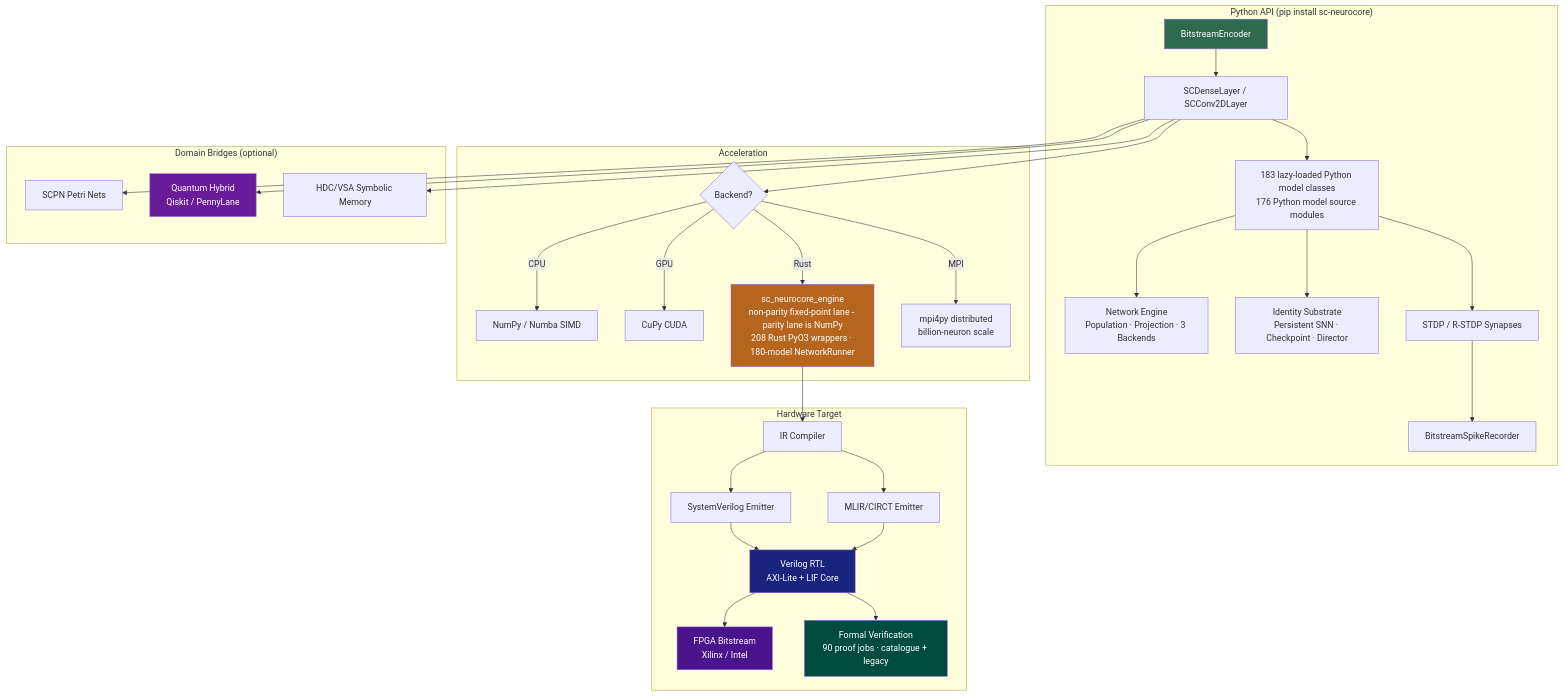
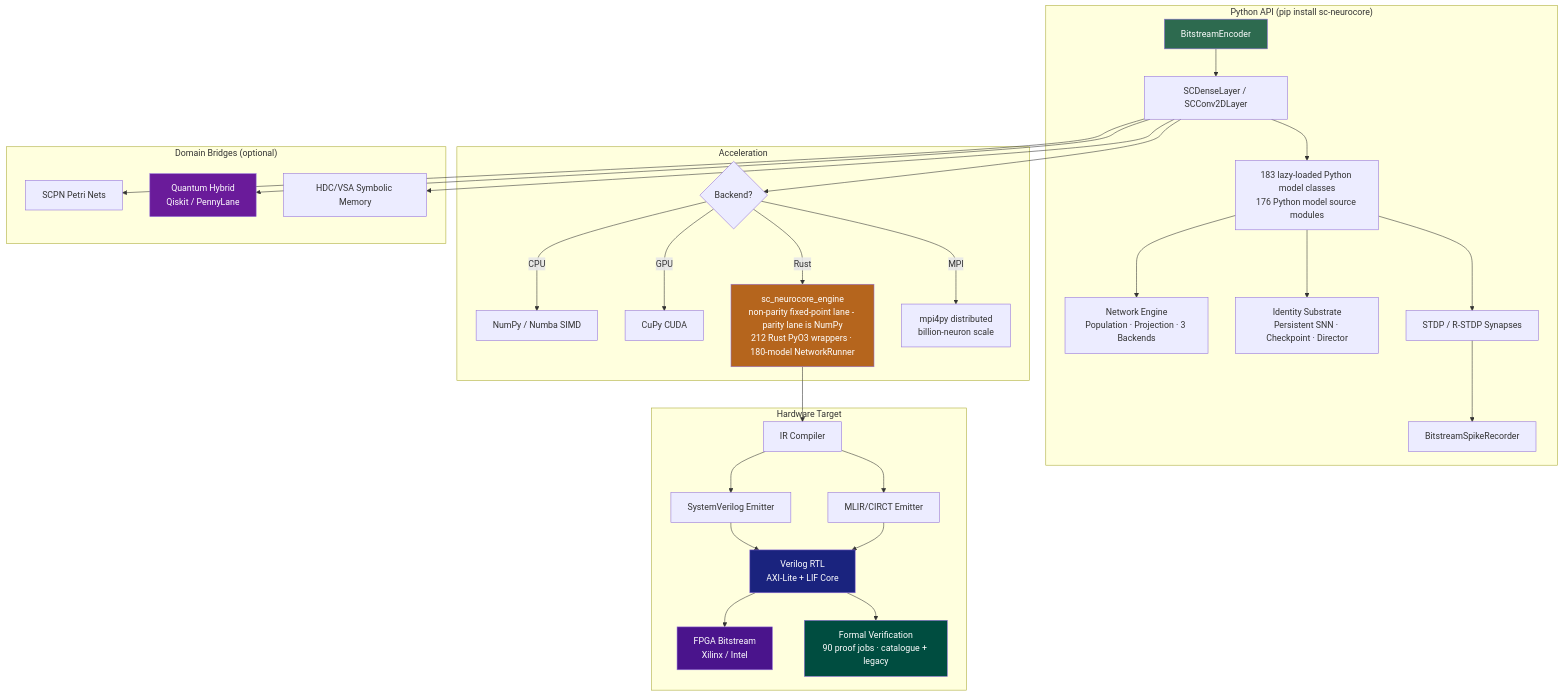
The diagram in README.md (anulum/sc-neurocore), drawn with Mermaid before and after one commit. The commit also changed other lines of this file and 20 other files, not shown here.

````diff
--- a/README.md
+++ b/README.md
@@ -455,42 +455,42 @@
 ```mermaid
 graph TD
     subgraph "Python API (pip install sc-neurocore)"
         A[BitstreamEncoder] --> B[SCDenseLayer / SCConv2DLayer]
         B --> C[183 lazy-loaded Python model classes<br/>176 Python model source modules]
         C --> NET[Network Engine<br/>Population · Projection · 3 Backends]
         C --> ID[Identity Substrate<br/>Persistent SNN · Checkpoint · Director]
         C --> D[STDP / R-STDP Synapses]
         D --> E[BitstreamSpikeRecorder]
     end
 
     subgraph "Acceleration"
         B --> F{Backend?}
         F -->|CPU| G[NumPy / Numba SIMD]
         F -->|GPU| H[CuPy CUDA]
-        F -->|Rust| I[sc_neurocore_engine<br/>non-parity fixed-point lane - parity lane is NumPy<br/>208 Rust PyO3 wrappers · 180-model NetworkRunner]
+        F -->|Rust| I[sc_neurocore_engine<br/>non-parity fixed-point lane - parity lane is NumPy<br/>212 Rust PyO3 wrappers · 180-model NetworkRunner]
         F -->|MPI| MPI[mpi4py distributed<br/>billion-neuron scale]
     end
 
     subgraph "Hardware Target"
         I --> J[IR Compiler]
         J --> K[SystemVerilog Emitter]
         J --> K2[MLIR/CIRCT Emitter]
         K --> L[Verilog RTL<br/>AXI-Lite + LIF Core]
         K2 --> L
         L --> M[FPGA Bitstream<br/>Xilinx / Intel]
         L --> V[Formal Verification<br/>90 proof jobs · catalogue + legacy]
     end
 
     subgraph "Domain Bridges (optional)"
         B --> N[SCPN Petri Nets]
         B --> O[Quantum Hybrid<br/>Qiskit / PennyLane]
         B --> P[HDC/VSA Symbolic Memory]
     end
 
     style A fill:#2d6a4f,color:#fff
     style I fill:#b5651d,color:#fff
     style L fill:#1a237e,color:#fff
     style M fill:#4a148c,color:#fff
     style O fill:#6a1b9a,color:#fff
     style V fill:#004d40,color:#fff
 ```
````
